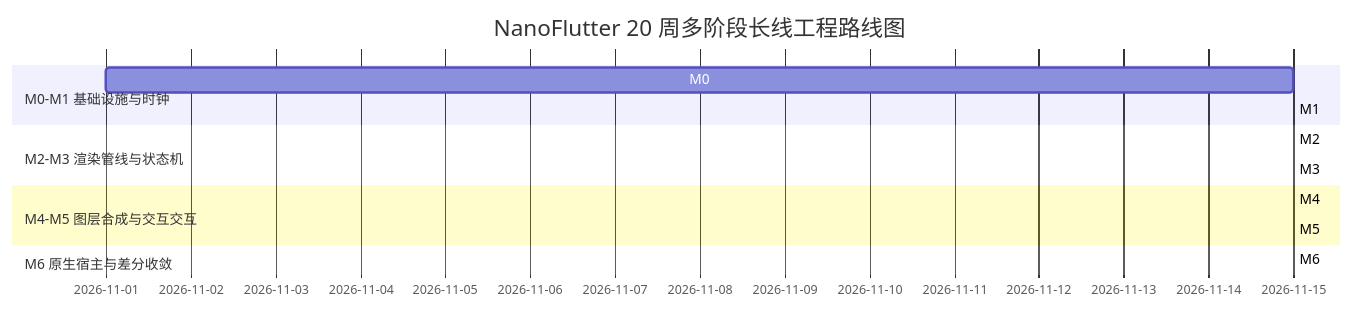
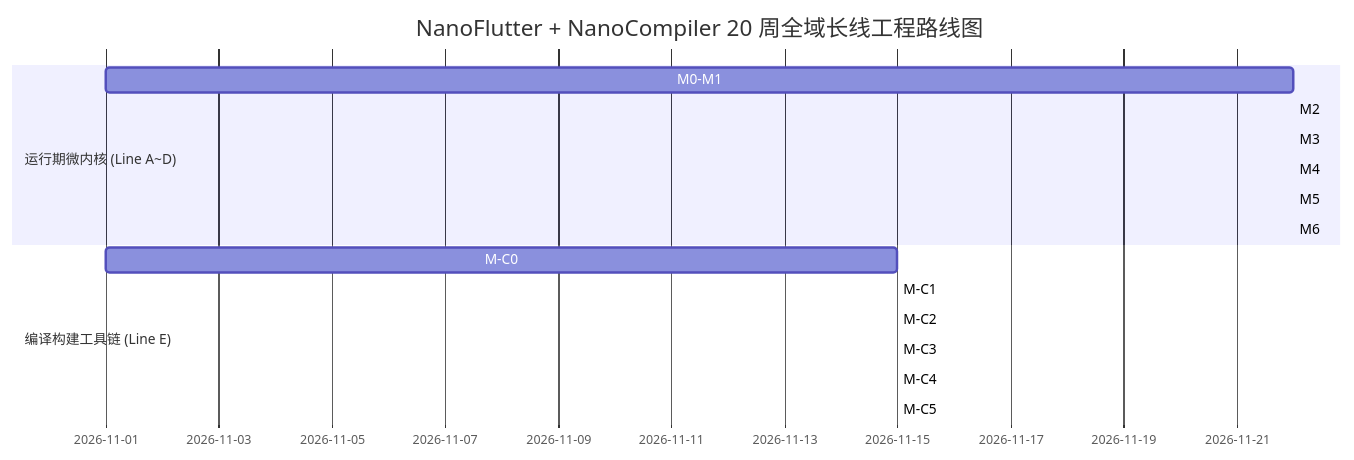
Before and after one commit to nobody0726/flutter-anatomy: the diagram in docs/03-roadmap.md, drawn with Mermaid. The commit also changed other lines of this file and 4 other files, not shown here.

````diff
--- a/docs/03-roadmap.md
+++ b/docs/03-roadmap.md
@@ -40,16 +41,19 @@
 ```mermaid
 gantt
-    title NanoFlutter 20 周多阶段长线工程路线图
+    title NanoFlutter + NanoCompiler 20 周全域长线工程路线图
     dateFormat  YYYY-MM-DD
-    section M0-M1 基础设施与时钟
-    M0: C++ FML 消息循环与 Dart FFI 桥接       :2026-11-01, 14d
-    M1: Vsync 帧调度五阶段与微任务排空屏障      :14d
-    section M2-M3 渲染管线与状态机
-    M2: 盒约束单次遍历布局微内核 (One-pass)     :21d
-    M3: 响应式三棵树状态机与 Reconciliation   :28d
-    section M4-M5 图层合成与交互交互
-    M4: 弹性容器 Flex、图层树合成与重绘隔离     :21d
-    M5: 事件拓扑路由、手势竞技场与时钟动画     :21d
-    section M6 原生宿主与差分收敛
-    M6: Android 原生 APK 联调与全景白皮书结项   :21d
+    section 运行期微内核 (Line A~D)
+    M0-M1: FML 消息循环、FFI 桥接与 Vsync 调度五阶段  :2026-11-01, 21d
+    M2: 盒约束单次遍历布局微内核 (One-pass)           :21d
+    M3: 响应式三棵树状态机与 Reconciliation          :28d
+    M4: 弹性容器 Flex、图层树合成与重绘隔离            :21d
+    M5: 事件拓扑路由、手势竞技场与时钟动画            :21d
+    M6: Android 原生 APK 联调与全景白皮书结项          :21d
+    section 编译构建工具链 (Line E)
+    M-C0: BuildSystem DAG 拓扑编排与 Depfile 增量缓存 :2026-11-01, 14d
+    M-C1: Kernel CFE 批处理桥接与 TrackWidgetCreation 注桩 :14d
+    M-C2: ResidentCompiler Stdio 协议与热重载 DevFS 同步 :14d
+    M-C3: 字体字形树摇与 Impeller 离线着色流水线       :14d
+    M-C4: AOT 快照 4 大内存段分析与插件代码生成         :14d
+    M-C5: 编译构建端到端闭环与双域白皮书收敛           :14d
 ```
````
